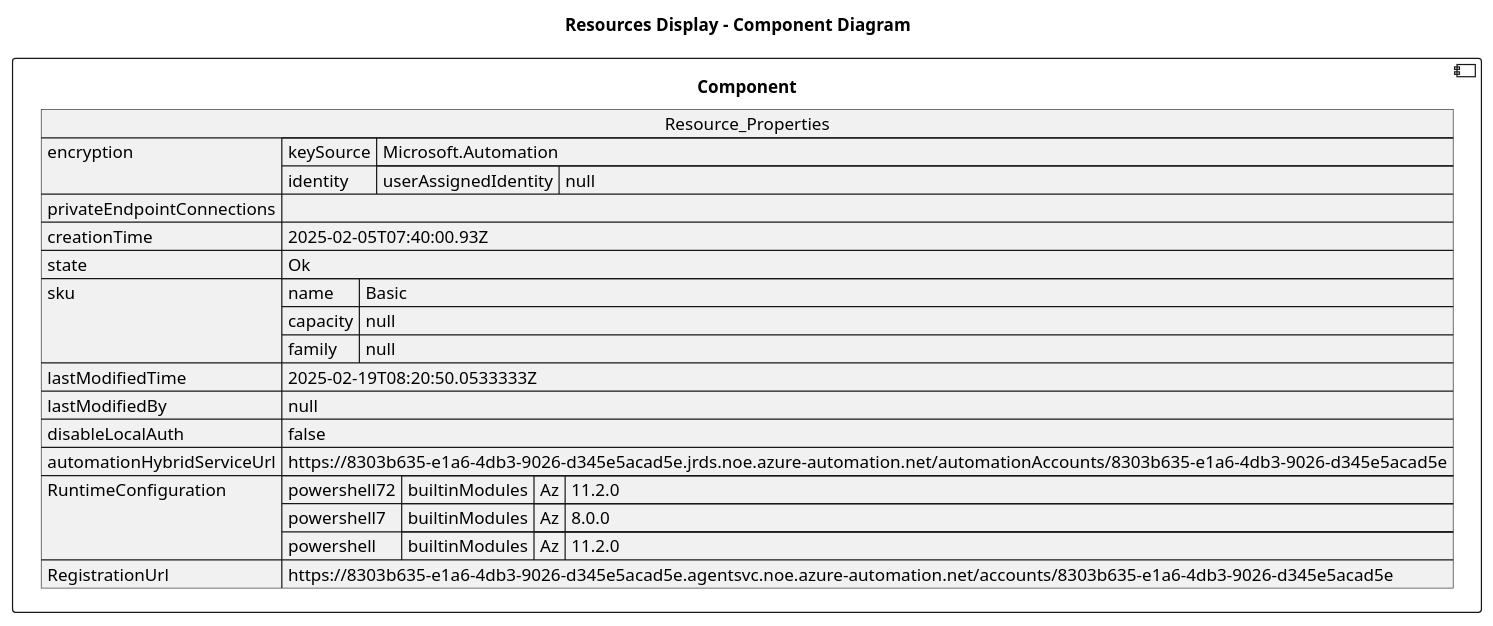
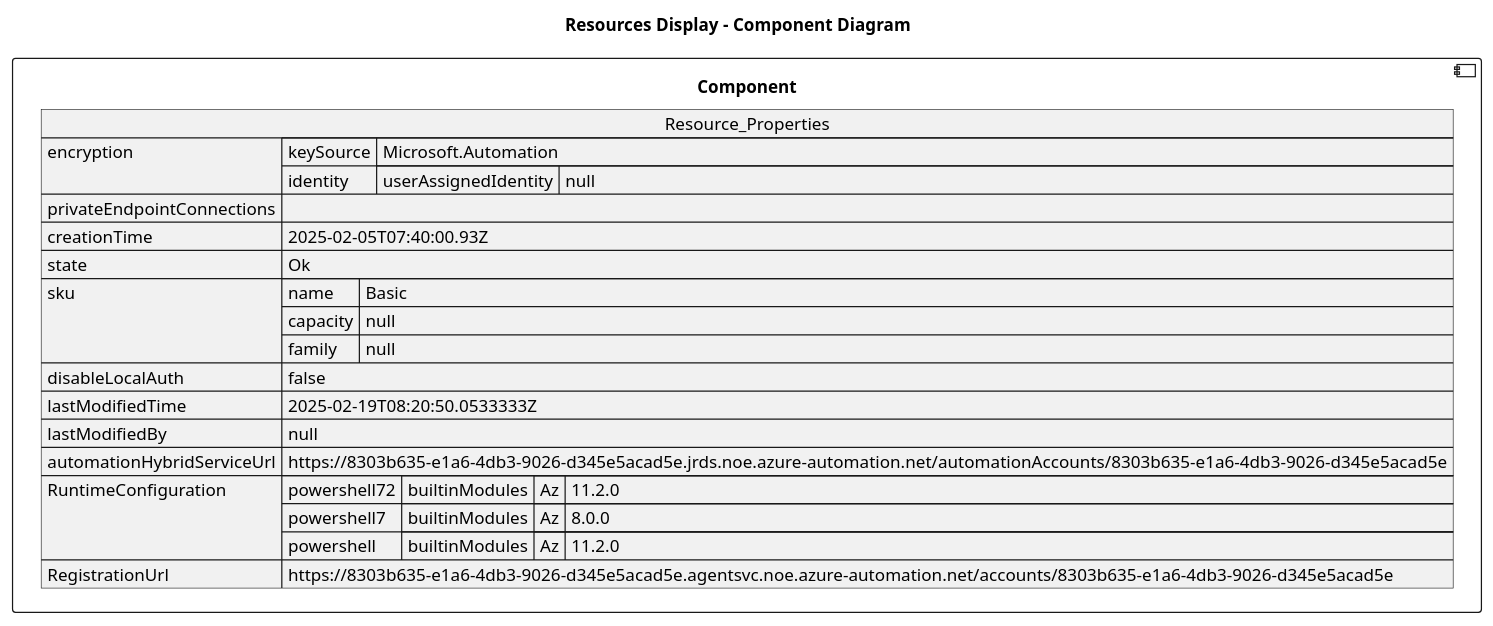
One commit to DanielAmpong/Test-Azure-architecture-diagram changed the diagram in architectureDesign/PUML/rg-tom_Resources/GitHubBackupAutomation.puml. Above: the diagram before and after it, drawn with PlantUML. The commit also changed other lines of this file and 880 other files, not shown here.

```diff
--- a/architectureDesign/PUML/rg-tom_Resources/GitHubBackupAutomation.puml
+++ b/architectureDesign/PUML/rg-tom_Resources/GitHubBackupAutomation.puml
@@ -1,46 +1,46 @@
 @startuml
 
 title Resources Display - Component Diagram
 
 component Component {
 
 json  Resource_Properties {
   "encryption": {
     "keySource": "Microsoft.Automation",
     "identity": {
       "userAssignedIdentity": null
     }
   },
   "privateEndpointConnections": [],
   "creationTime": "2025-02-05T07:40:00.93Z",
   "state": "Ok",
   "sku": {
     "name": "Basic",
     "capacity": null,
     "family": null
   },
+  "disableLocalAuth": false,
   "lastModifiedTime": "2025-02-19T08:20:50.0533333Z",
   "lastModifiedBy": null,
-  "disableLocalAuth": false,
   "automationHybridServiceUrl": "https://8303b635-e1a6-4db3-9026-d345e5acad5e.jrds.noe.azure-automation.net/automationAccounts/8303b635-e1a6-4db3-9026-d345e5acad5e",
   "RuntimeConfiguration": {
     "powershell72": {
       "builtinModules": {
         "Az": "11.2.0"
       }
     },
     "powershell7": {
       "builtinModules": {
         "Az": "8.0.0"
       }
     },
     "powershell": {
       "builtinModules": {
         "Az": "11.2.0"
       }
     }
   },
   "RegistrationUrl": "https://8303b635-e1a6-4db3-9026-d345e5acad5e.agentsvc.noe.azure-automation.net/accounts/8303b635-e1a6-4db3-9026-d345e5acad5e"
 }
 }
 @enduml
```
